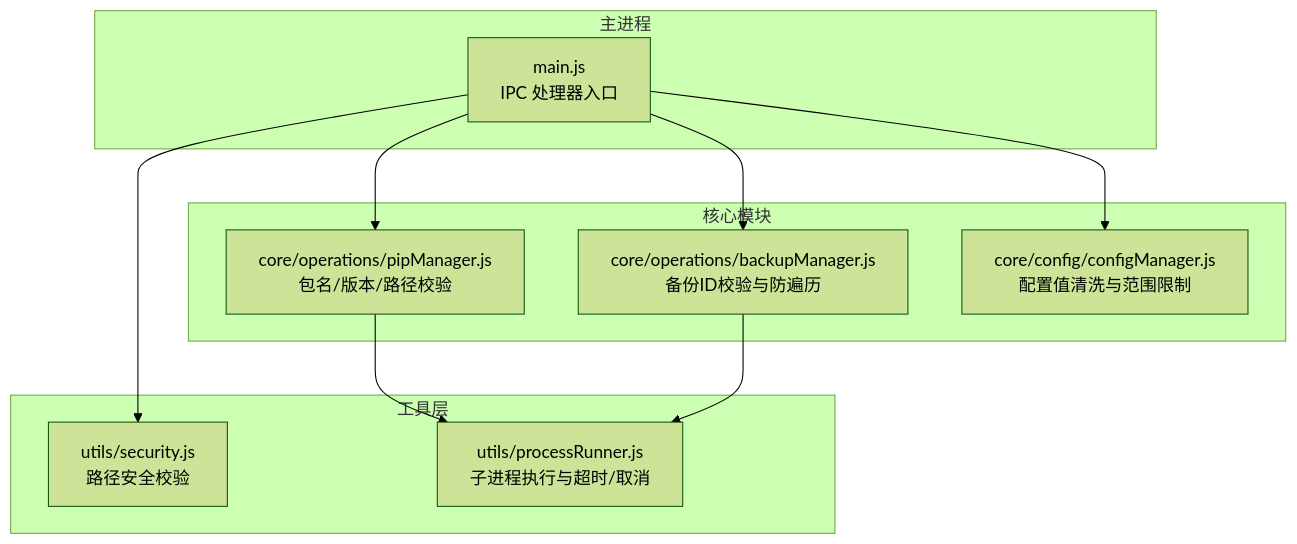
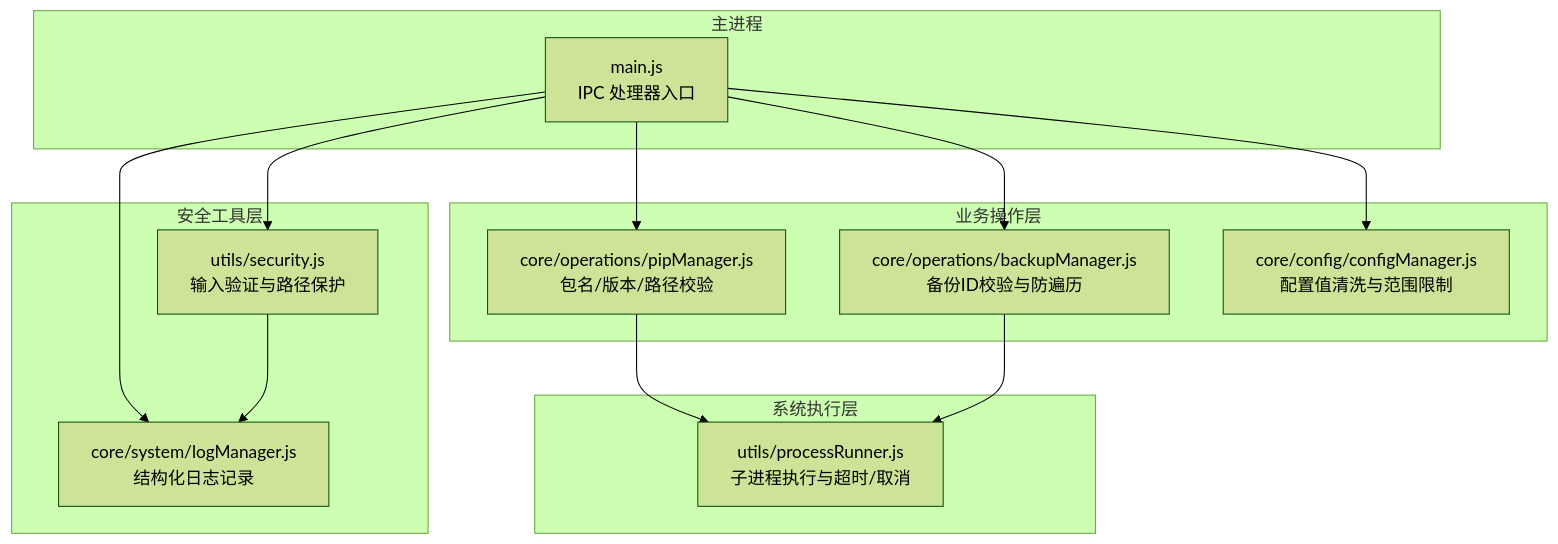
One commit to SoftheartedYYC/PyLibMaster changed the first of 5 diagrams in docs/zh/content/架构设计/模块化架构设计/工具模块设计/安全工具 (security.js).md. Above: the diagram before and after it, drawn with Mermaid (forest theme). The commit also changed other lines of this file and 72 other files, not shown here.

````diff
--- a/docs/zh/content/架构设计/模块化架构设计/工具模块设计/安全工具 (security.js).md
+++ b/docs/zh/content/架构设计/模块化架构设计/工具模块设计/安全工具 (security.js).md
@@ -35,21 +45,26 @@
 ```mermaid
 graph TB
 subgraph "主进程"
 M["main.js<br/>IPC 处理器入口"]
 end
-subgraph "工具层"
-S["utils/security.js<br/>路径安全校验"]
-P["utils/processRunner.js<br/>子进程执行与超时/取消"]
+subgraph "安全工具层"
+S["utils/security.js<br/>输入验证与路径保护"]
+L["core/system/logManager.js<br/>结构化日志记录"]
 end
-subgraph "核心模块"
+subgraph "业务操作层"
 PM["core/operations/pipManager.js<br/>包名/版本/路径校验"]
 BM["core/operations/backupManager.js<br/>备份ID校验与防遍历"]
 CM["core/config/configManager.js<br/>配置值清洗与范围限制"]
 end
+subgraph "系统执行层"
+P["utils/processRunner.js<br/>子进程执行与超时/取消"]
+end
 M --> S
+M --> L
 M --> PM
 M --> BM
 M --> CM
 PM --> P
 BM --> P
+S --> L
 ```
````
